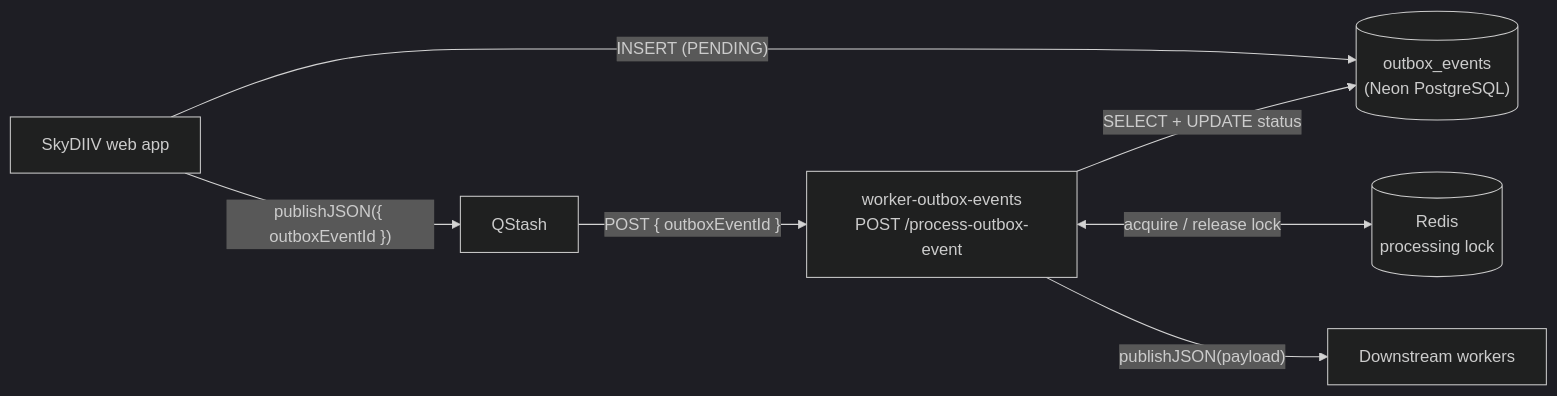
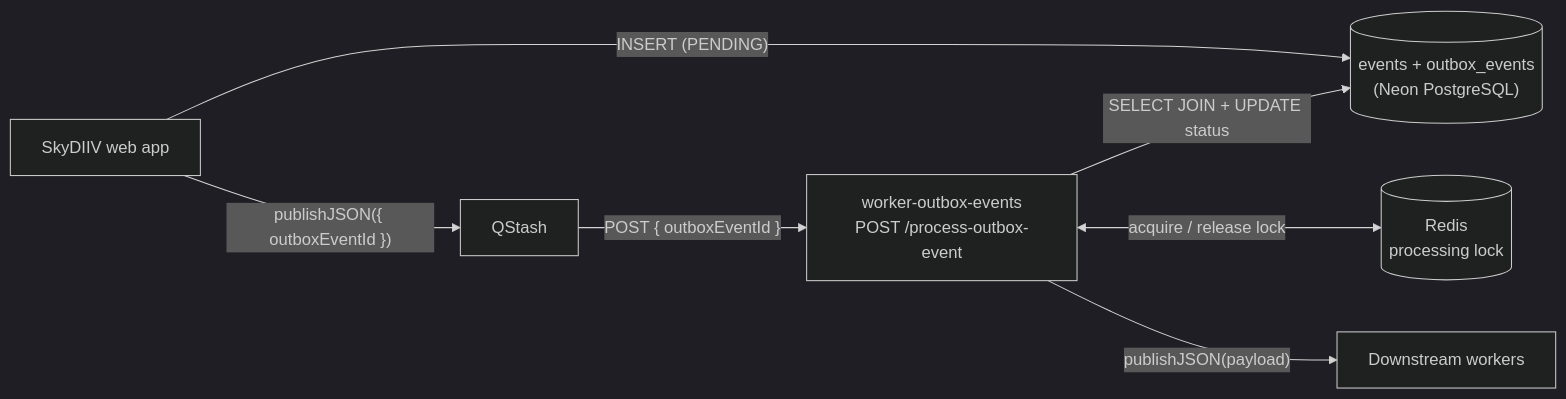
One commit to emmanuelviniciusdev/SkyDIIV--backstage changed the diagram in apps/worker-outbox-events/README.md. Above: the diagram before and after it, drawn with Mermaid (dark theme). The commit also changed other lines of this file and 16 other files, not shown here.

Commit message:
refactor(worker-outbox-events): route outbox events by event_name and broker_name

````diff
--- a/apps/worker-outbox-events/README.md
+++ b/apps/worker-outbox-events/README.md
@@ -12,16 +12,16 @@
 ```mermaid
 flowchart LR
     WEB["SkyDIIV web app"]
-    DB[("outbox_events\n(Neon PostgreSQL)")]
+    DB[("events + outbox_events\n(Neon PostgreSQL)")]
     MQ["QStash"]
     WORKER["worker-outbox-events\nPOST /process-outbox-event"]
     REDIS[("Redis\nprocessing lock")]
     DS["Downstream workers"]
 
     WEB -->|"INSERT (PENDING)"| DB
     WEB -->|"publishJSON({ outboxEventId })"| MQ
     MQ -->|"POST { outboxEventId }"| WORKER
     WORKER <-->|"acquire / release lock"| REDIS
-    WORKER -->|"SELECT + UPDATE status"| DB
+    WORKER -->|"SELECT JOIN + UPDATE status"| DB
     WORKER -->|"publishJSON(payload)"| DS
 ```
````
